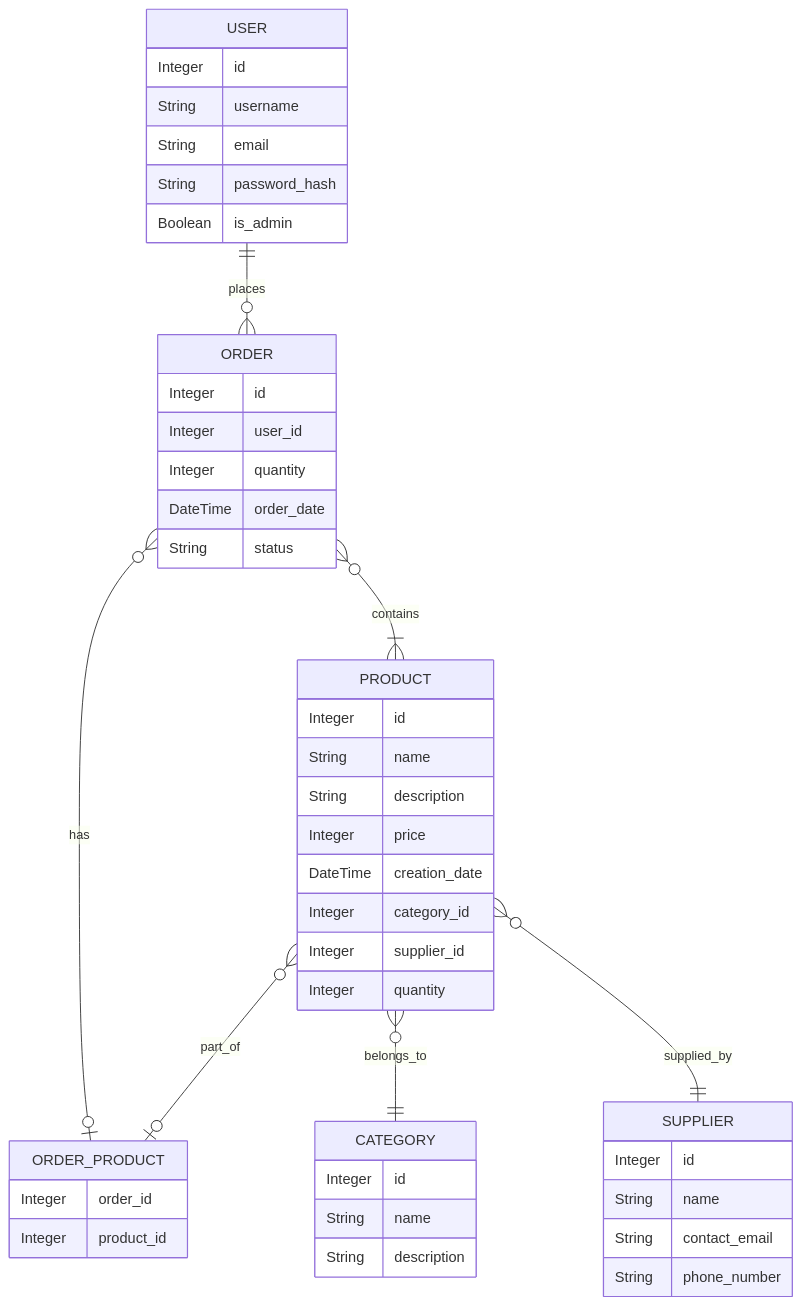
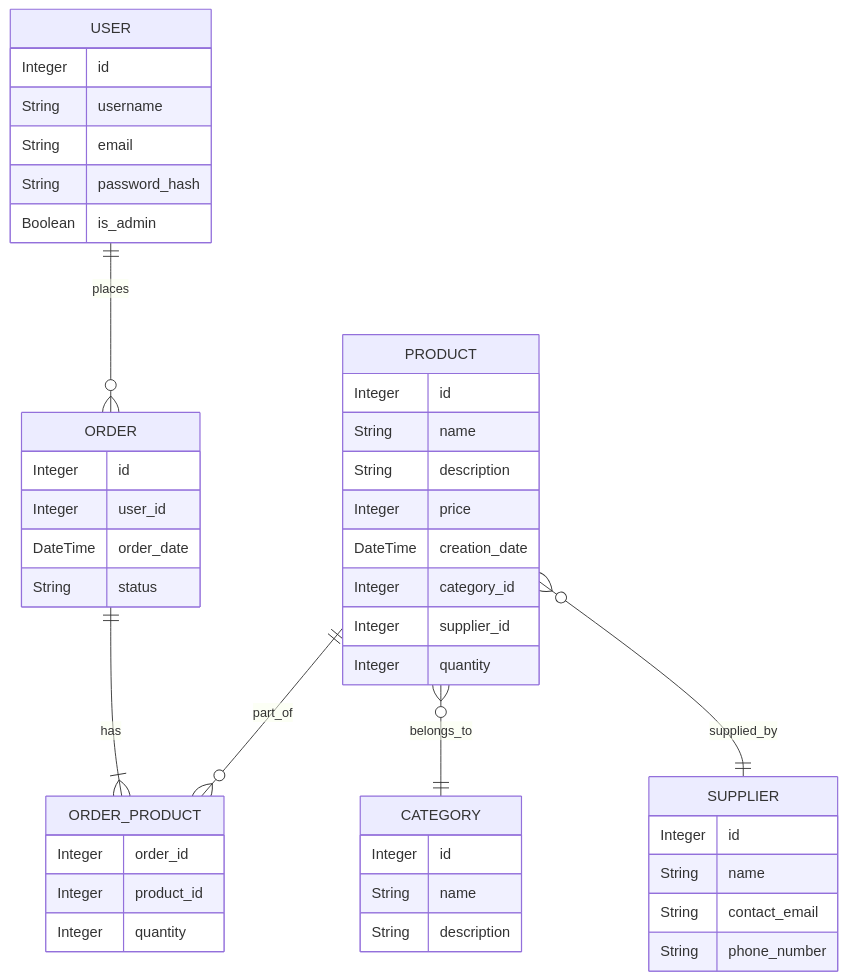
The diagram in schema.md (aaa-lt/e-store-server), drawn with Mermaid before and after one commit. The commit also changed 12 other files, not shown here.

Commit message:
update: order and product models, minor fixes

````diff
--- a/schema.md
+++ b/schema.md
@@ -1,54 +1,53 @@
 ```mermaid 
 erDiagram
     USER ||--o{ ORDER : places
     USER {
         Integer id
         String username
         String email
         String password_hash
         Boolean is_admin
     }
 
-    ORDER }o--o| ORDER_PRODUCT : has
-    ORDER }o--|{ PRODUCT : contains
+    ORDER ||--|{ ORDER_PRODUCT : has
     ORDER {
         Integer id
         Integer user_id
-        Integer quantity
         DateTime order_date
         String status
     }
 
     PRODUCT }o--|| CATEGORY : belongs_to
     PRODUCT }o--|| SUPPLIER : supplied_by
-    PRODUCT }o--o| ORDER_PRODUCT : part_of
+    PRODUCT ||--o{ ORDER_PRODUCT : part_of
     PRODUCT {
         Integer id
         String name
         String description
         Integer price
         DateTime creation_date
         Integer category_id
         Integer supplier_id
         Integer quantity
     }
 
     CATEGORY {
         Integer id
         String name
         String description
     }
 
     SUPPLIER {
         Integer id
         String name
         String contact_email
         String phone_number
     }
 
     ORDER_PRODUCT {
         Integer order_id
         Integer product_id
+        Integer quantity
     }
 
 ```
````
